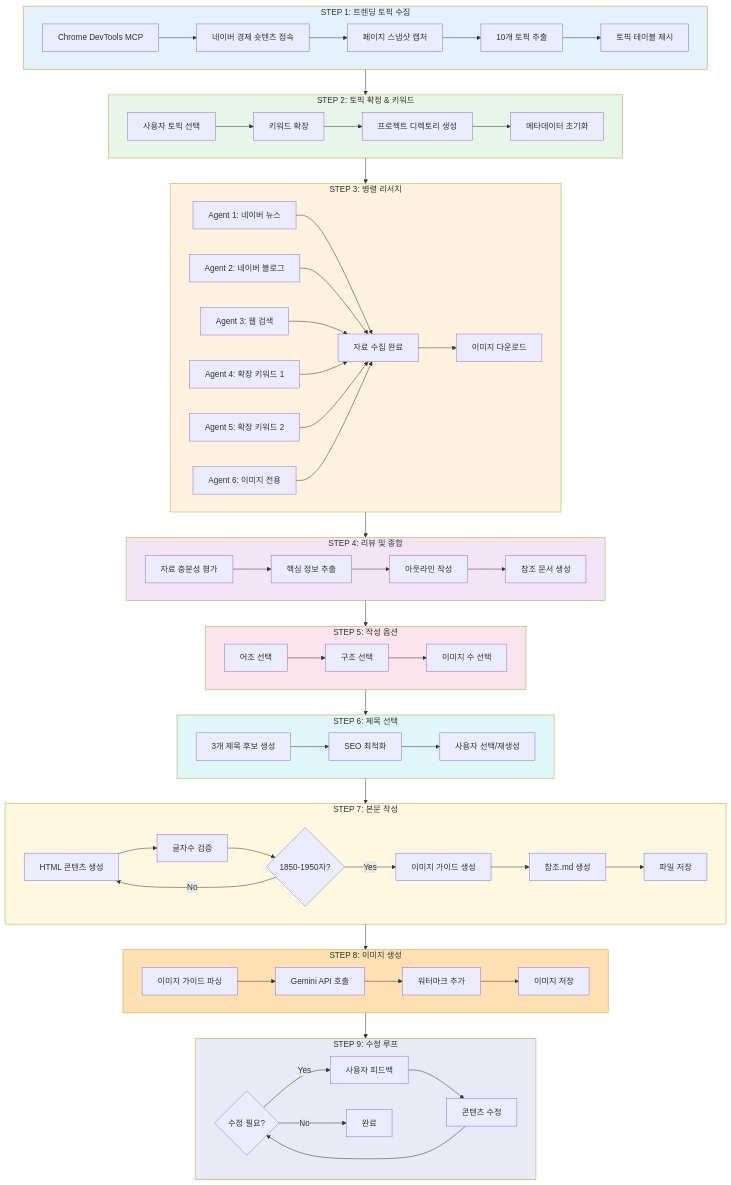
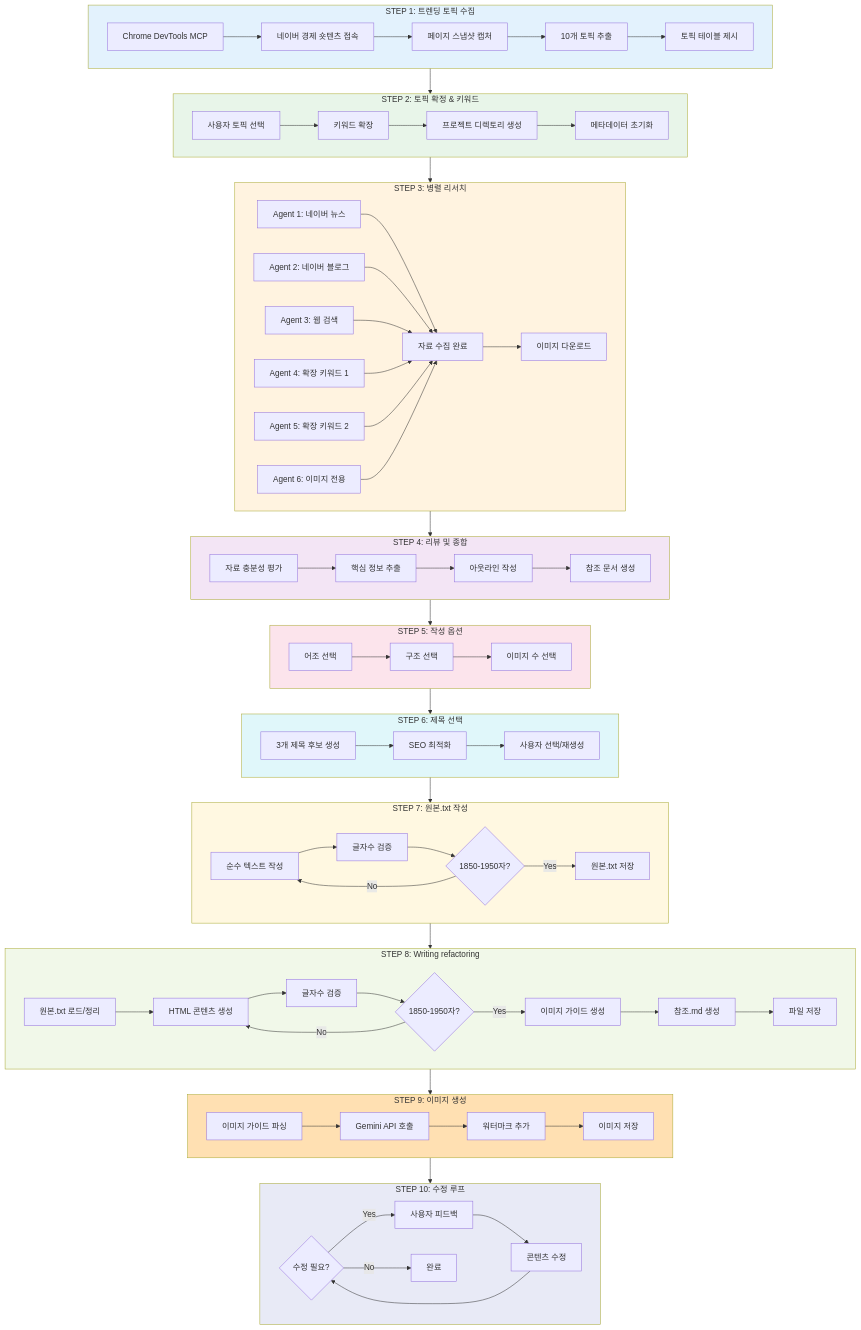
The first of 9 diagrams in PIPELINE-ANALYSIS.md (kim62210/naver-blog-automation-skill), drawn with Mermaid before and after one commit. The commit also changed other lines of this file and 19 other files, not shown here.

First line of the commit message:
feat: v2.2.0 - 10단계 워크플로우 및 원본.txt 분리

````diff
--- a/PIPELINE-ANALYSIS.md
+++ b/PIPELINE-ANALYSIS.md
@@ -76,27 +76,35 @@
         F2 --> F3[사용자 선택/재생성]
     end
 
-    subgraph STEP7["STEP 7: 본문 작성"]
-        G1[HTML 콘텐츠 생성] --> G2[글자수 검증]
+    subgraph STEP7["STEP 7: 원본.txt 작성"]
+        G1[순수 텍스트 작성] --> G2[글자수 검증]
         G2 --> G3{1850-1950자?}
-        G3 -->|Yes| G4[이미지 가이드 생성]
+        G3 -->|Yes| G4[원본.txt 저장]
         G3 -->|No| G1
-        G4 --> G5[참조.md 생성]
-        G5 --> G8[파일 저장]
     end
 
-    subgraph STEP8["STEP 8: 이미지 생성"]
-        H1[이미지 가이드 파싱] --> H2[Gemini API 호출]
-        H2 --> H3[워터마크 추가]
-        H3 --> H4[이미지 저장]
+    subgraph STEP8["STEP 8: Writing refactoring"]
+        H1[원본.txt 로드/정리] --> H2[HTML 콘텐츠 생성]
+        H2 --> H3[글자수 검증]
+        H3 --> H4{1850-1950자?}
+        H4 -->|Yes| H5[이미지 가이드 생성]
+        H4 -->|No| H2
+        H5 --> H6[참조.md 생성]
+        H6 --> H7[파일 저장]
     end
 
-    subgraph STEP9["STEP 9: 수정 루프"]
-        I1{수정 필요?}
-        I1 -->|Yes| I2[사용자 피드백]
-        I2 --> I3[콘텐츠 수정]
-        I3 --> I1
-        I1 -->|No| I4[완료]
+    subgraph STEP9["STEP 9: 이미지 생성"]
+        I1[이미지 가이드 파싱] --> I2[Gemini API 호출]
+        I2 --> I3[워터마크 추가]
+        I3 --> I4[이미지 저장]
+    end
+
+    subgraph STEP10["STEP 10: 수정 루프"]
+        J1{수정 필요?}
+        J1 -->|Yes| J2[사용자 피드백]
+        J2 --> J3[콘텐츠 수정]
+        J3 --> J1
+        J1 -->|No| J4[완료]
     end
 
     STEP1 --> STEP2
@@ -107,6 +115,7 @@
     STEP6 --> STEP7
     STEP7 --> STEP8
     STEP8 --> STEP9
+    STEP9 --> STEP10
 
     style STEP1 fill:#e3f2fd
     style STEP2 fill:#e8f5e9
@@ -115,6 +124,7 @@
     style STEP5 fill:#fce4ec
     style STEP6 fill:#e0f7fa
     style STEP7 fill:#fff8e1
-    style STEP8 fill:#ffe0b2
-    style STEP9 fill:#e8eaf6
+    style STEP8 fill:#f1f8e9
+    style STEP9 fill:#ffe0b2
+    style STEP10 fill:#e8eaf6
 ```
````
